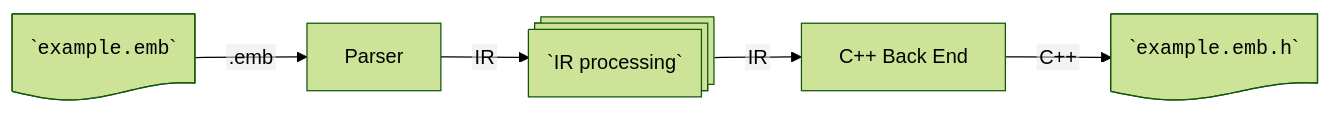
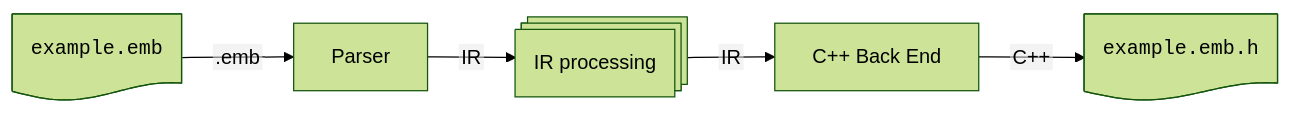
One commit to reventlov/emboss changed the diagram in doc/design.md. Above: the diagram before and after it, drawn with Mermaid (forest theme).

````diff
--- a/doc/design.md
+++ b/doc/design.md
@@ -13,13 +13,13 @@
 ```mermaid
 %%{init: {"flowchart": {"htmlLabels": false}} }%%
 graph LR;
-    diskstart@{ shape: doc, label: "`<code>example.emb</code>`" }
+    diskstart@{ shape: doc, label: "<code>example.emb</code>" }
     parser["`Parser`"]
-    processing@{ shape: procs, label: "`IR processing`" }
+    processing@{ shape: procs, label: "IR processing" }
     backend["`C++ Back End`"]
-    diskend@{ shape: doc, label: "`<code>example.emb.h</code>`" }
+    diskend@{ shape: doc, label: "<code>example.emb.h</code>" }
     diskstart-- "`.emb`" -->parser
     parser-- IR -->processing
     processing-- IR -->backend
     backend-- "C++" -->diskend
 ```
````
